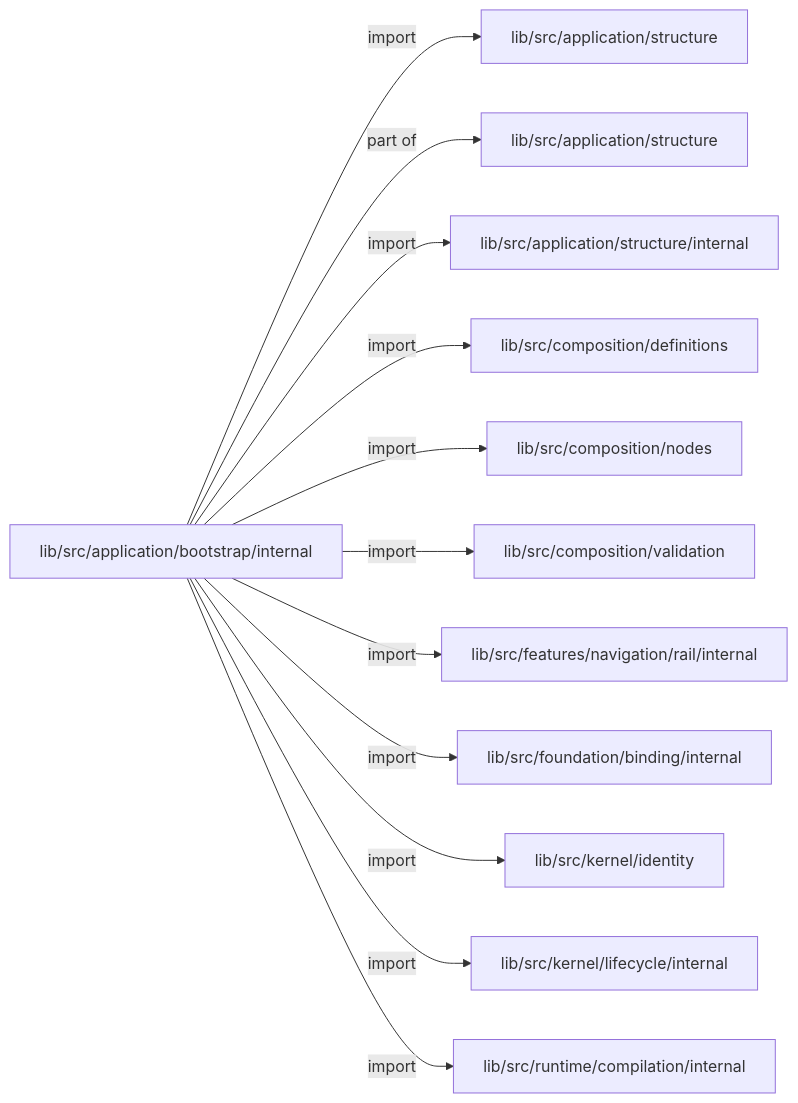
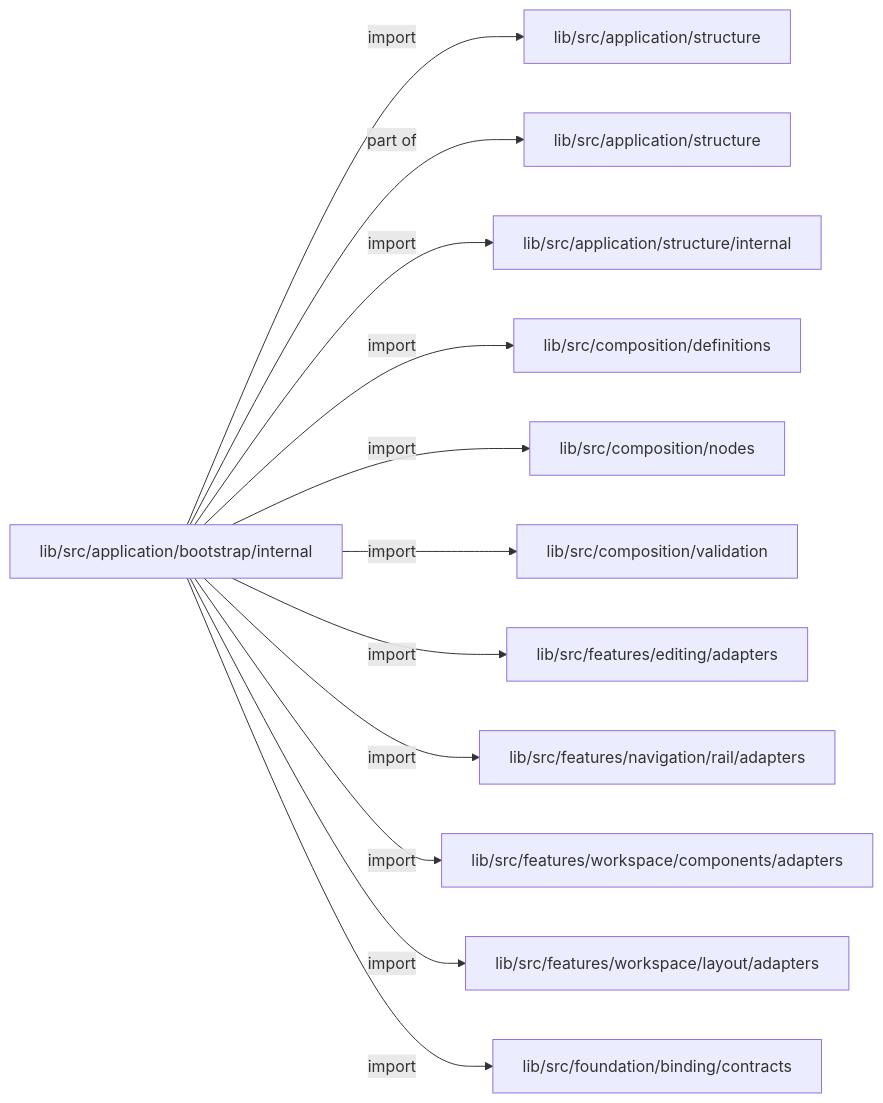
The first of 3 diagrams in docs/architecture/src/application/bootstrap/internal/README.md (MiuDog/Kallopis), drawn with Mermaid before and after one commit. The commit also changed other lines of this file and 9688 other files, not shown here.

Commit message:
Prepare isolated Flow F2 peer baseline

````diff
--- a/docs/architecture/src/application/bootstrap/internal/README.md
+++ b/docs/architecture/src/application/bootstrap/internal/README.md
@@ -13,26 +13,26 @@
 ```mermaid
 flowchart LR
 	n0["lib/src/application/bootstrap/internal"]
 	n1["lib/src/application/structure"]
 	n2["lib/src/application/structure"]
 	n3["lib/src/application/structure/internal"]
 	n4["lib/src/composition/definitions"]
 	n5["lib/src/composition/nodes"]
 	n6["lib/src/composition/validation"]
-	n7["lib/src/features/navigation/rail/internal"]
-	n8["lib/src/foundation/binding/internal"]
-	n9["lib/src/kernel/identity"]
-	n10["lib/src/kernel/lifecycle/internal"]
-	n11["lib/src/runtime/compilation/internal"]
+	n7["lib/src/features/editing/adapters"]
+	n8["lib/src/features/navigation/rail/adapters"]
+	n9["lib/src/features/workspace/components/adapters"]
+	n10["lib/src/features/workspace/layout/adapters"]
+	n11["lib/src/foundation/binding/contracts"]
 	n0 -->|"import"| n1
 	n0 -->|"part of"| n2
 	n0 -->|"import"| n3
 	n0 -->|"import"| n4
 	n0 -->|"import"| n5
 	n0 -->|"import"| n6
 	n0 -->|"import"| n7
 	n0 -->|"import"| n8
 	n0 -->|"import"| n9
 	n0 -->|"import"| n10
 	n0 -->|"import"| n11
 ```
````
